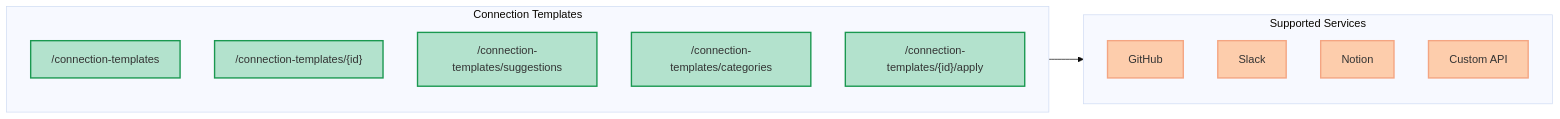
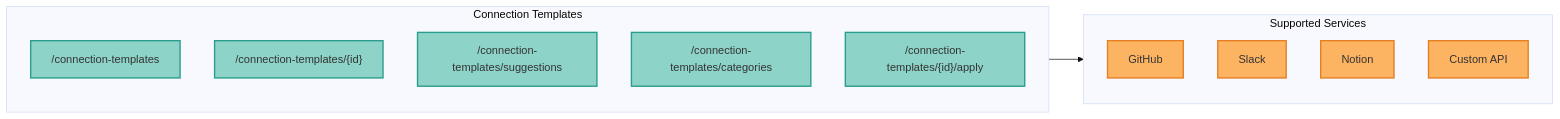
The diagram in docs/api-reference/connection-templates.mdx (vishnu2kmohan/mcp-server-langgraph), drawn with Mermaid (base theme) before and after one commit. The commit also changed 25 other files, not shown here.

````diff
--- a/docs/api-reference/connection-templates.mdx
+++ b/docs/api-reference/connection-templates.mdx
@@ -19,25 +19,26 @@
 ```mermaid
 flowchart LR
     subgraph Templates["Connection Templates"]
         List["/connection-templates"]
         Get["/connection-templates/{id}"]
         Suggestions["/connection-templates/suggestions"]
         Categories["/connection-templates/categories"]
         Apply["/connection-templates/{id}/apply"]
     end
 
     subgraph Services["Supported Services"]
         GitHub["GitHub"]
         Slack["Slack"]
         Notion["Notion"]
         Custom["Custom API"]
     end
 
     Templates --> Services
 
-    classDef templateStyle fill:#b3e2cd,stroke:#1a9850,stroke-width:2px,color:#333
-    classDef serviceStyle fill:#fdcdac,stroke:#f4a582,stroke-width:2px,color:#333
+    %% ColorBrewer2 Set3 palette - each component type uniquely colored
+    classDef templateStyle fill:#8dd3c7,stroke:#2a9d8f,stroke-width:2px,color:#333
+    classDef serviceStyle fill:#fdb462,stroke:#e67e22,stroke-width:2px,color:#333
 
     class List,Get,Suggestions,Categories,Apply templateStyle
     class GitHub,Slack,Notion,Custom serviceStyle
 ```
````
